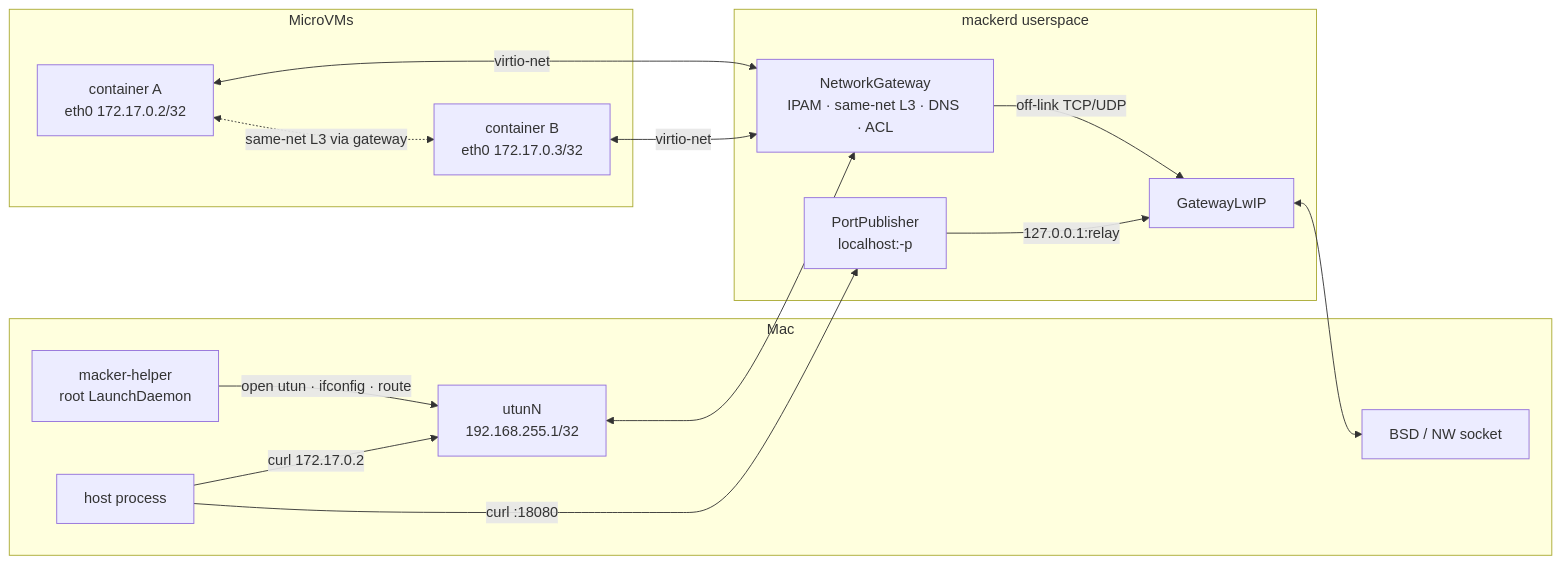
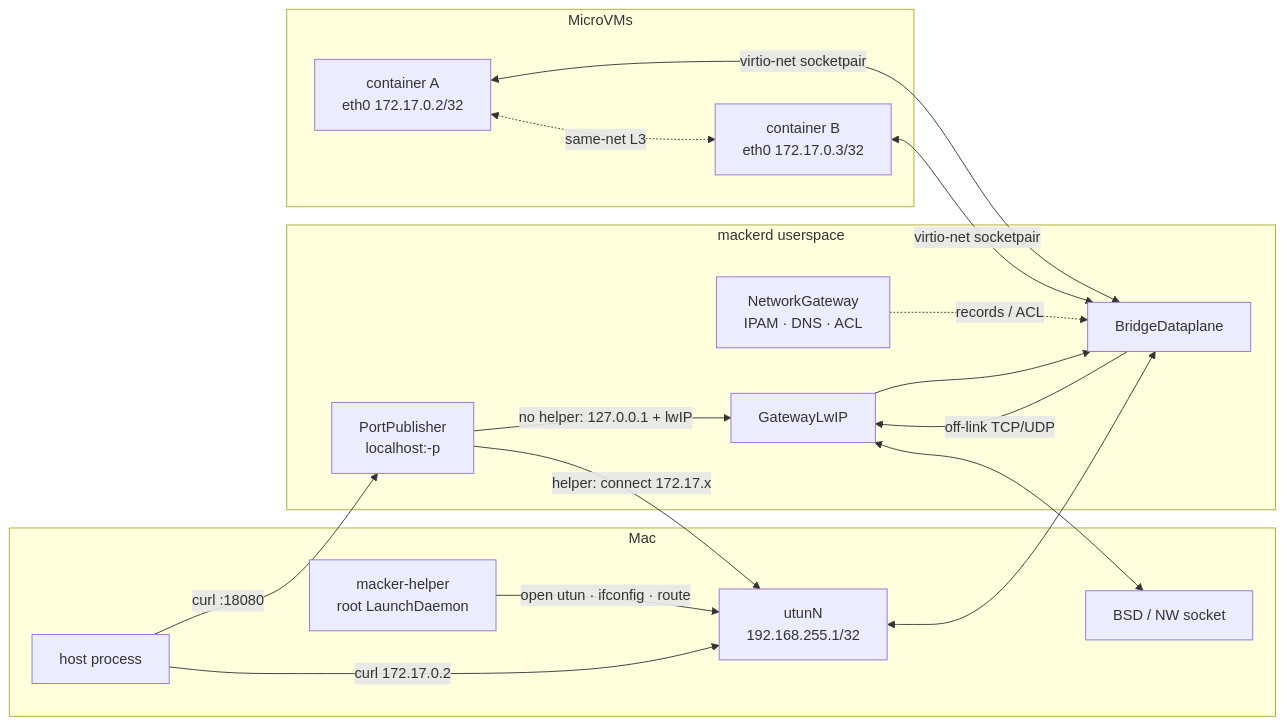
Before and after one commit to macker-io/macker: the second of 4 diagrams in docs/networking.md, drawn with Mermaid. The commit also changed other lines of this file and 15 other files, not shown here.

First line of the commit message:
Keep bridge packet I/O off the gateway actor, and publish -p over utun when the helper is up.

````diff
--- a/docs/networking.md
+++ b/docs/networking.md
@@ -44,31 +48,35 @@
 ```mermaid
 flowchart LR
   subgraph mac["Mac"]
     App["host process"]
     Helper["macker-helper<br/>root LaunchDaemon"]
     Utun["utunN<br/>192.168.255.1/32"]
     Sock["BSD / NW socket"]
   end
 
   subgraph daemon["mackerd userspace"]
-    GW["NetworkGateway<br/>IPAM · same-net L3 · DNS · ACL"]
+    GW["NetworkGateway<br/>IPAM · DNS · ACL"]
+    DP["BridgeDataplane"]
     LW["GatewayLwIP"]
     Pub["PortPublisher<br/>localhost:-p"]
   end
 
   subgraph guests["MicroVMs"]
     A["container A<br/>eth0 172.17.0.2/32"]
     B["container B<br/>eth0 172.17.0.3/32"]
   end
 
-  A <-->|"virtio-net"| GW
-  B <-->|"virtio-net"| GW
-  A <-.->|"same-net L3 via gateway"| B
-  GW -->|"off-link TCP/UDP"| LW
+  A <-->|"virtio-net socketpair"| DP
+  B <-->|"virtio-net socketpair"| DP
+  A <-.->|"same-net L3"| B
+  GW -.->|"records / ACL"| DP
+  DP -->|"off-link TCP/UDP"| LW
   LW <--> Sock
-  Pub -->|"127.0.0.1:relay"| LW
+  LW --> DP
+  Pub -->|"no helper: 127.0.0.1 + lwIP"| LW
+  Pub -->|"helper: connect 172.17.x"| Utun
   App -->|"curl :18080"| Pub
   Helper -->|"open utun · ifconfig · route"| Utun
   App -->|"curl 172.17.0.2"| Utun
-  Utun <--> GW
+  Utun <--> DP
 ```
````
